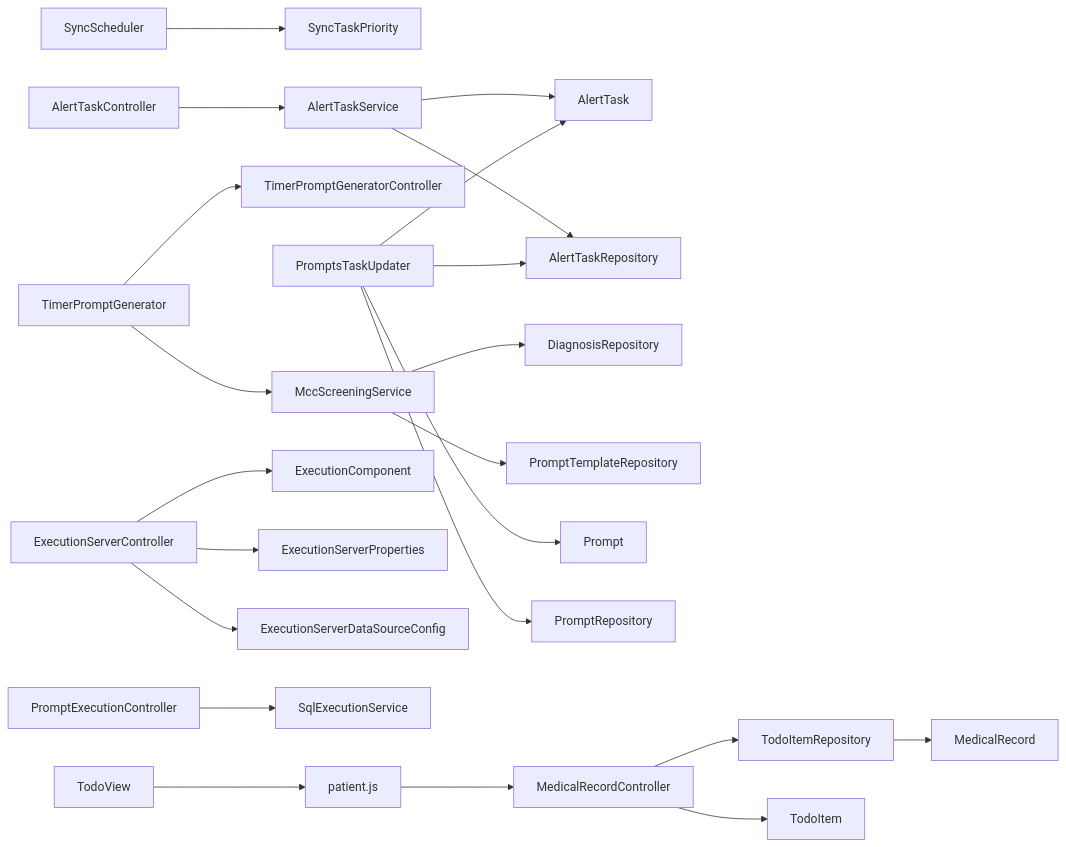
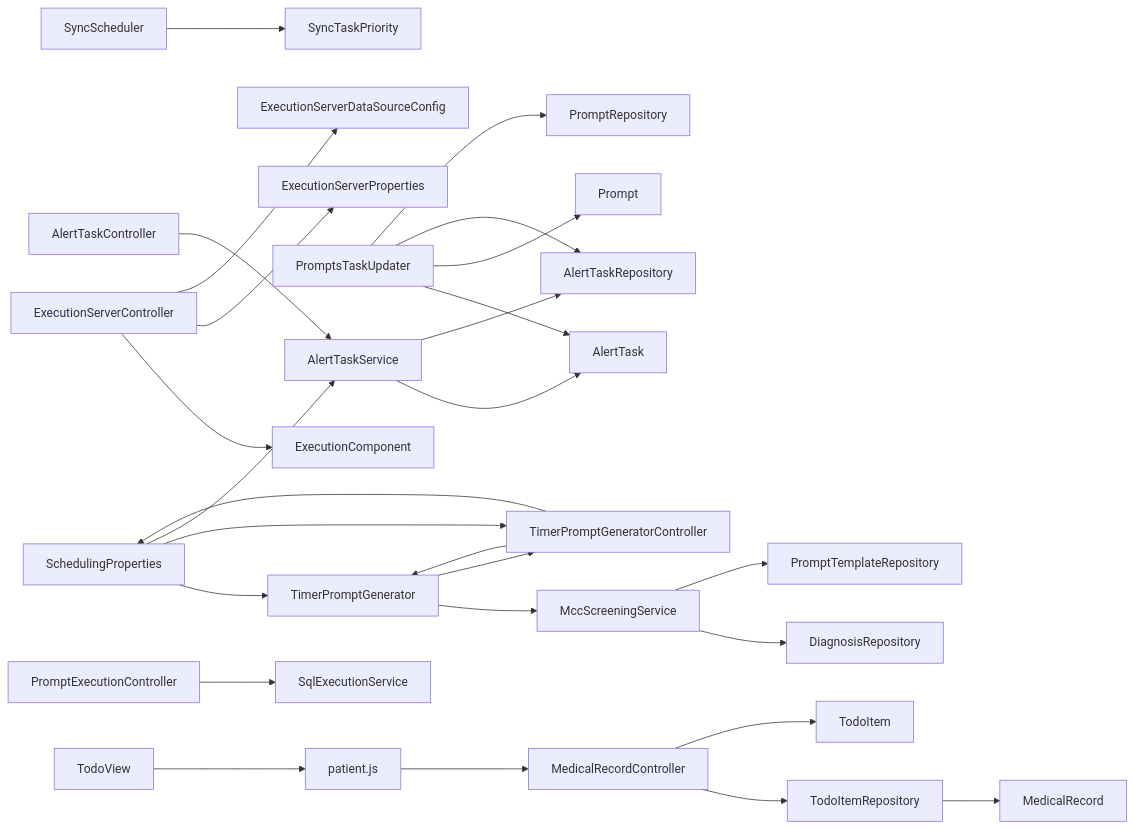
Before and after one commit to liuzh2008/med_ai_assistant_workspace: diagram 12 of 12 in .qoder/repowiki/zh/content/核心功能模块/任务调度系统.md, drawn with Mermaid. The commit also changed other lines of this file and 4 other files, not shown here.

````diff
--- a/.qoder/repowiki/zh/content/核心功能模块/任务调度系统.md
+++ b/.qoder/repowiki/zh/content/核心功能模块/任务调度系统.md
@@ -699,24 +742,29 @@
 ```mermaid
 graph LR
 SS["SyncScheduler"] --> STP["SyncTaskPriority"]
 ATS["AlertTaskService"] --> AT["AlertTask"]
 ATS --> ATR["AlertTaskRepository"]
-TPG["TimerPromptGenerator"] --> TPCC["TimerPromptGeneratorController"]
+SP["SchedulingProperties"] --> TPG["TimerPromptGenerator"]
+SP --> TPC["TimerPromptGeneratorController"]
+SP --> ATS
 TPG --> MSS["MccScreeningService"]
+TPG --> TPC
+TPC --> TPG
+TPC --> SP
 MSS --> DR["DiagnosisRepository"]
 MSS --> PTR["PromptTemplateRepository"]
 PTU["PromptsTaskUpdater"] --> AT["AlertTask"]
 PTU --> PT["Prompt"]
 PTU --> ATR["AlertTaskRepository"]
 PTU --> PR["PromptRepository"]
 ESC["ExecutionServerController"] --> EC["ExecutionComponent"]
 ESC --> ESP["ExecutionServerProperties"]
 ESC --> ESDC["ExecutionServerDataSourceConfig"]
 ATC["AlertTaskController"] --> ATS
 PEC["PromptExecutionController"] --> SQE["SqlExecutionService"]
 MRCT["MedicalRecordController"] --> TIR["TodoItemRepository"]
 MRCT --> TI["TodoItem"]
 TIR --> MR["MedicalRecord"]
 TV["TodoView"] --> PJ["patient.js"]
 PJ --> MRCT
 ```
````
